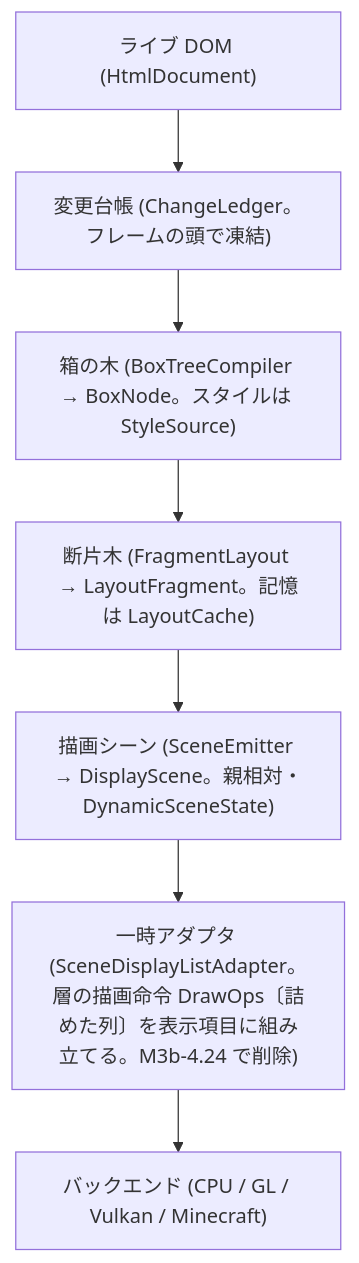
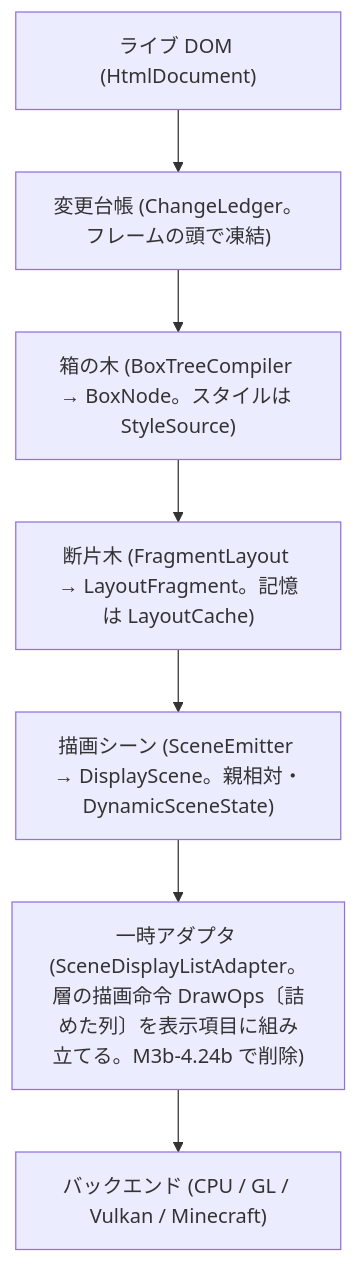
One commit to nishiyu24/EnderFrameLib changed the second of 2 diagrams in docs/ARCHITECTURE.md. Above: the diagram before and after it, drawn with Mermaid. The commit also changed 9 other files, not shown here.

````diff
--- a/docs/ARCHITECTURE.md
+++ b/docs/ARCHITECTURE.md
@@ -213,9 +213,9 @@
 ```mermaid
 flowchart TD
     DOM["ライブ DOM (HtmlDocument)"] --> Ledger["変更台帳 (ChangeLedger。フレームの頭で凍結)"]
     Ledger --> BoxTree["箱の木 (BoxTreeCompiler → BoxNode。スタイルは StyleSource)"]
     BoxTree --> Layout["断片木 (FragmentLayout → LayoutFragment。記憶は LayoutCache)"]
     Layout --> Scene["描画シーン (SceneEmitter → DisplayScene。親相対・DynamicSceneState)"]
-    Scene --> Adapter["一時アダプタ (SceneDisplayListAdapter。層の描画命令 DrawOps〔詰めた列〕を表示項目に組み立てる。M3b-4.24 で削除)"]
+    Scene --> Adapter["一時アダプタ (SceneDisplayListAdapter。層の描画命令 DrawOps〔詰めた列〕を表示項目に組み立てる。M3b-4.24b で削除)"]
     Adapter --> Drawer["バックエンド (CPU / GL / Vulkan / Minecraft)"]
 ```
````
